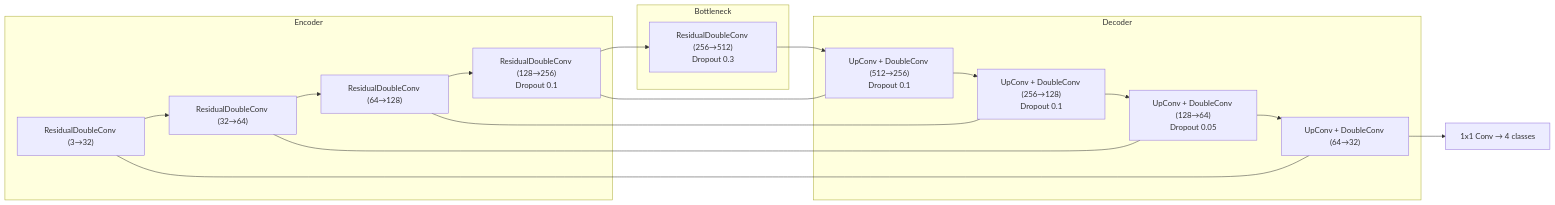
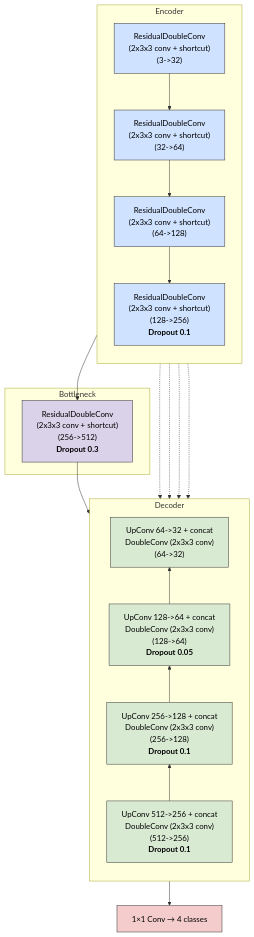
One commit to Anton-Geo/vu-dl-vehicle-segmentation changed the diagram in README.md. Above: the diagram before and after it, drawn with Mermaid. The commit also changed other lines of this file, not shown here.

Commit message:
Revise architecture diagram
Updated architecture diagram in README.

````diff
--- a/README.md
+++ b/README.md
@@ -71,31 +71,42 @@
 ```mermaid
-flowchart LR
-
-    subgraph Encoder
-        E1["ResidualDoubleConv (3→32)"]
-        E2["ResidualDoubleConv (32→64)"]
-        E3["ResidualDoubleConv (64→128)"]
-        E4["ResidualDoubleConv (128→256)\nDropout 0.1"]
+flowchart TD
+    subgraph Left [Encoder]
+        direction TB
+        E1["ResidualDoubleConv<br/>(2x3x3 conv + shortcut)<br/>(3->32)"]
+        E2["ResidualDoubleConv<br/>(2x3x3 conv + shortcut)<br/>(32->64)"]
+        E3["ResidualDoubleConv<br/>(2x3x3 conv + shortcut)<br/>(64->128)"]
+        E4["ResidualDoubleConv<br/>(2x3x3 conv + shortcut)<br/>(128->256)<br/><b>Dropout 0.1</b>"]
     end
 
-    subgraph Bottleneck
-        B["ResidualDoubleConv (256→512)\nDropout 0.3"]
+    subgraph Bottom [Bottleneck]
+        B["ResidualDoubleConv<br/>(2x3x3 conv + shortcut)<br/>(256->512)<br/><b>Dropout 0.3</b>"]
     end
 
-    subgraph Decoder
-        D4["UpConv + DoubleConv (512→256)\nDropout 0.1"]
-        D3["UpConv + DoubleConv (256→128)\nDropout 0.1"]
-        D2["UpConv + DoubleConv (128→64)\nDropout 0.05"]
-        D1["UpConv + DoubleConv (64→32)"]
+    subgraph Right [Decoder]
+        direction BT
+        D1["UpConv 64->32 + concat<br/>DoubleConv (2x3x3 conv)<br/>(64->32)"]
+        D2["UpConv 128->64 + concat<br/>DoubleConv (2x3x3 conv)<br/>(128->64)<br/><b>Dropout 0.05</b>"]
+        D3["UpConv 256->128 + concat<br/>DoubleConv (2x3x3 conv)<br/>(256->128)<br/><b>Dropout 0.1</b>"]
+        D4["UpConv 512->256 + concat<br/>DoubleConv (2x3x3 conv)<br/>(512->256)<br/><b>Dropout 0.1</b>"]
     end
 
     E1 --> E2 --> E3 --> E4 --> B
     B --> D4 --> D3 --> D2 --> D1
 
-    E4 --- D4
-    E3 --- D3
-    E2 --- D2
-    E1 --- D1
+    E4 -.-> D4
+    E3 -.-> D3
+    E2 -.-> D2
+    E1 -.-> D1
 
-    D1 --> OUT["1x1 Conv → 4 classes"]
+    D1 --> OUT["1×1 Conv → 4 classes"]
+
+    classDef encoder fill:#cfe2ff,stroke:#333,stroke-width:1px,color:#000;
+    classDef bottleneck fill:#d9d2e9,stroke:#333,stroke-width:1px,color:#000;
+    classDef decoder fill:#d9ead3,stroke:#333,stroke-width:1px,color:#000;
+    classDef output fill:#f4cccc,stroke:#333,stroke-width:1px,color:#000;
+
+    class E1,E2,E3,E4 encoder;
+    class B bottleneck;
+    class D1,D2,D3,D4 decoder;
+    class OUT output;
 ```
````
